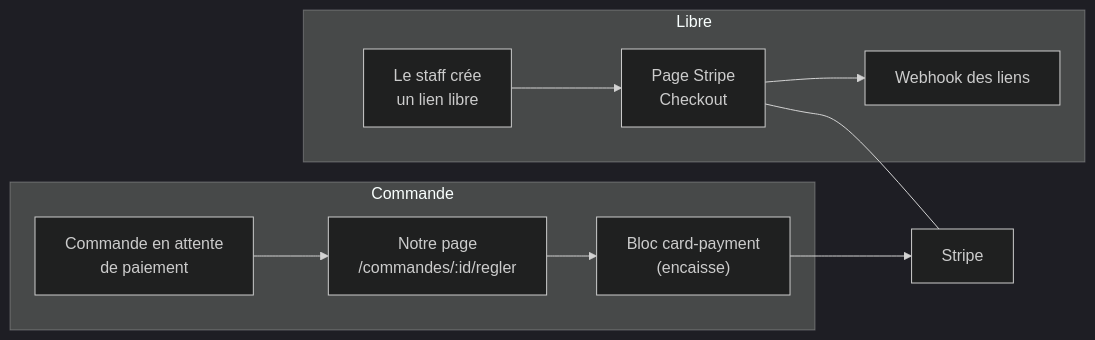
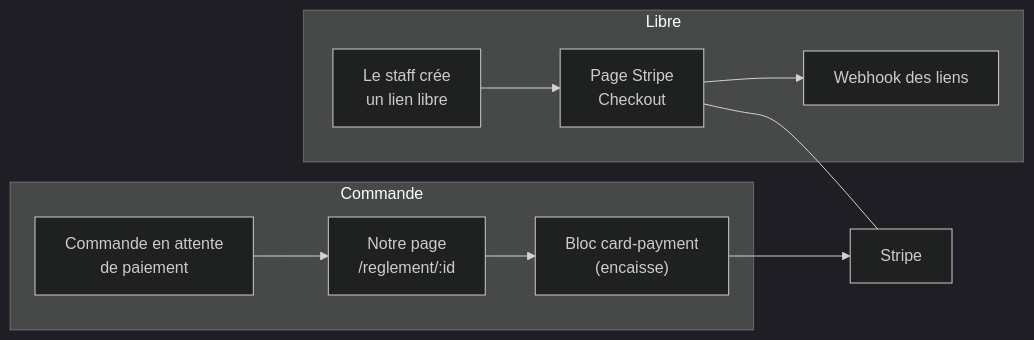
One commit to hugoheynard/lfd changed the first of 2 diagrams in documentation/comptabilite/liens-de-paiement/les-liens-de-paiement.md. Above: the diagram before and after it, drawn with Mermaid (dark theme). The commit also changed other lines of this file and 41 other files, not shown here.

````diff
--- a/documentation/comptabilite/liens-de-paiement/les-liens-de-paiement.md
+++ b/documentation/comptabilite/liens-de-paiement/les-liens-de-paiement.md
@@ -22,13 +22,13 @@
 ```mermaid
 flowchart LR
   subgraph Commande
-    O["Commande en attente<br/>de paiement"] --> P1["Notre page<br/>/commandes/:id/regler"]
+    O["Commande en attente<br/>de paiement"] --> P1["Notre page<br/>/reglement/:id"]
     P1 --> CP["Bloc card-payment<br/>(encaisse)"]
   end
   subgraph Libre
     S["Le staff crée<br/>un lien libre"] --> P2["Page Stripe<br/>Checkout"]
     P2 --> W["Webhook des liens"]
   end
   CP --> ST["Stripe"]
   P2 --- ST
 ```
````
